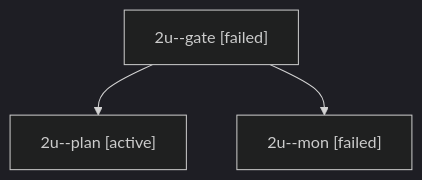
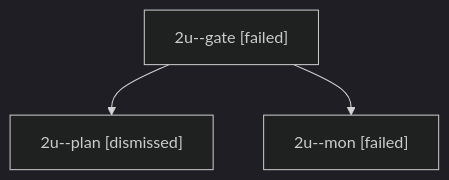
One commit to bobs-org/bob-cli--agents changed the diagram in sessions/bbugyi200.apollo.2u.md. Above: the diagram before and after it, drawn with Mermaid (dark theme). The commit also changed other lines of this file and 25 other files, not shown here.

````diff
--- a/sessions/bbugyi200.apollo.2u.md
+++ b/sessions/bbugyi200.apollo.2u.md
@@ -9,8 +9,8 @@
 ```mermaid
 flowchart TD
   n0["2u--gate [failed]"]
-  n1["2u--plan [active]"]
+  n1["2u--plan [dismissed]"]
   n0 --> n1
   n2["2u--mon [failed]"]
   n0 --> n2
 ```
````
